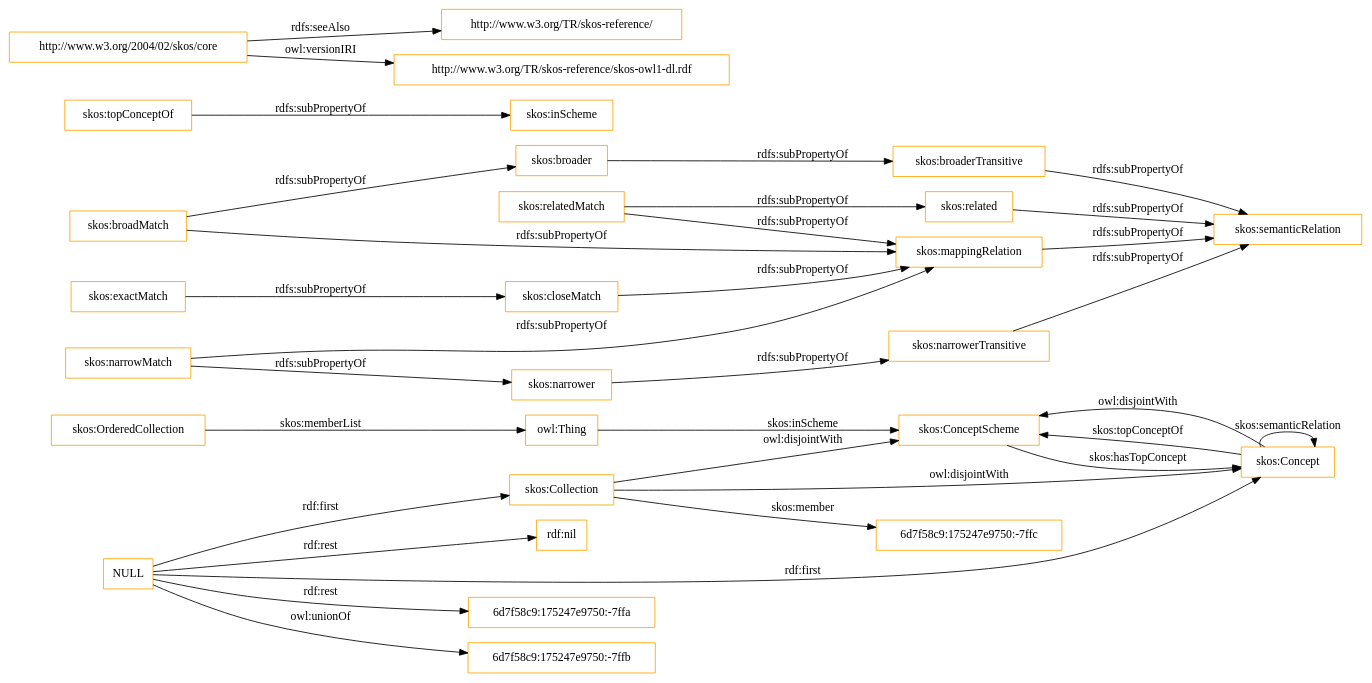
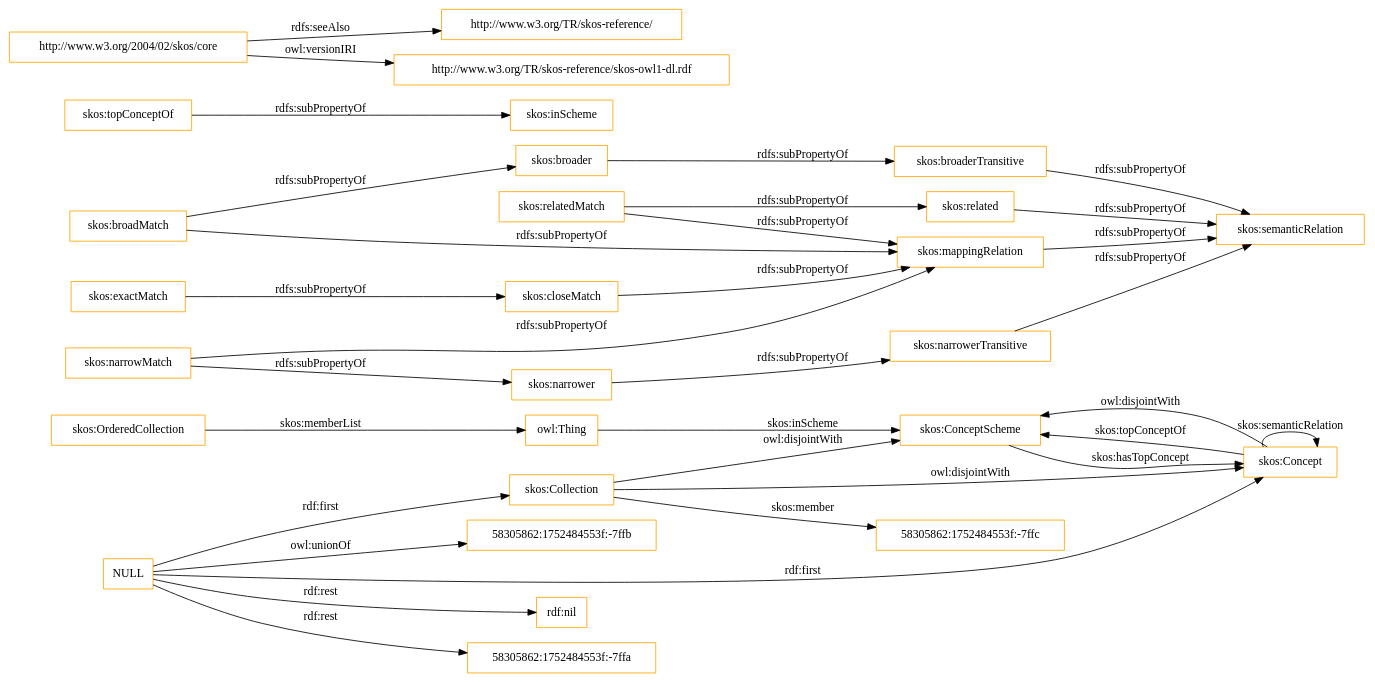
One commit to OnToologyUser/core-ontology-1 changed the diagram in OnToology/imports/skos.owl/diagrams/ar2dtool-class/skos.owl.png.dot. Above: the diagram before and after it, drawn with Graphviz. The commit also changed 14 other files, not shown here.

```diff
--- a/OnToology/imports/skos.owl/diagrams/ar2dtool-class/skos.owl.png.dot
+++ b/OnToology/imports/skos.owl/diagrams/ar2dtool-class/skos.owl.png.dot
@@ -1,37 +1,37 @@
 digraph ar2dtool_diagram { 
 rankdir=LR;
 size="1501"
-node [shape = rectangle, color="orange"]; "skos:OrderedCollection" "skos:ConceptScheme" "skos:Concept" "skos:Collection" "6d7f58c9:175247e9750:-7ffc" ; /*classes style*/
+node [shape = rectangle, color="orange"]; "skos:OrderedCollection" "skos:ConceptScheme" "skos:Concept" "skos:Collection" "58305862:1752484553f:-7ffc" ; /*classes style*/
 	"skos:narrowerTransitive" -> "skos:semanticRelation" [ label = "rdfs:subPropertyOf" ];
-	"NULL" -> "6d7f58c9:175247e9750:-7ffa" [ label = "rdf:rest" ];
-	"NULL" -> "skos:Collection" [ label = "rdf:first" ];
-	"NULL" -> "6d7f58c9:175247e9750:-7ffb" [ label = "owl:unionOf" ];
 	"NULL" -> "rdf:nil" [ label = "rdf:rest" ];
 	"NULL" -> "skos:Concept" [ label = "rdf:first" ];
+	"NULL" -> "58305862:1752484553f:-7ffa" [ label = "rdf:rest" ];
+	"NULL" -> "skos:Collection" [ label = "rdf:first" ];
+	"NULL" -> "58305862:1752484553f:-7ffb" [ label = "owl:unionOf" ];
 	"skos:closeMatch" -> "skos:mappingRelation" [ label = "rdfs:subPropertyOf" ];
 	"skos:Concept" -> "skos:ConceptScheme" [ label = "owl:disjointWith" ];
 	"skos:relatedMatch" -> "skos:related" [ label = "rdfs:subPropertyOf" ];
 	"skos:relatedMatch" -> "skos:mappingRelation" [ label = "rdfs:subPropertyOf" ];
 	"skos:related" -> "skos:semanticRelation" [ label = "rdfs:subPropertyOf" ];
 	"skos:topConceptOf" -> "skos:inScheme" [ label = "rdfs:subPropertyOf" ];
 	"skos:broadMatch" -> "skos:mappingRelation" [ label = "rdfs:subPropertyOf" ];
 	"skos:broadMatch" -> "skos:broader" [ label = "rdfs:subPropertyOf" ];
 	"skos:exactMatch" -> "skos:closeMatch" [ label = "rdfs:subPropertyOf" ];
 	"skos:broaderTransitive" -> "skos:semanticRelation" [ label = "rdfs:subPropertyOf" ];
 	"skos:broader" -> "skos:broaderTransitive" [ label = "rdfs:subPropertyOf" ];
 	"skos:mappingRelation" -> "skos:semanticRelation" [ label = "rdfs:subPropertyOf" ];
 	"http://www.w3.org/2004/02/skos/core" -> "http://www.w3.org/TR/skos-reference/" [ label = "rdfs:seeAlso" ];
 	"http://www.w3.org/2004/02/skos/core" -> "http://www.w3.org/TR/skos-reference/skos-owl1-dl.rdf" [ label = "owl:versionIRI" ];
 	"skos:Collection" -> "skos:ConceptScheme" [ label = "owl:disjointWith" ];
 	"skos:Collection" -> "skos:Concept" [ label = "owl:disjointWith" ];
 	"skos:narrower" -> "skos:narrowerTransitive" [ label = "rdfs:subPropertyOf" ];
 	"skos:narrowMatch" -> "skos:narrower" [ label = "rdfs:subPropertyOf" ];
 	"skos:narrowMatch" -> "skos:mappingRelation" [ label = "rdfs:subPropertyOf" ];
 	"skos:OrderedCollection" -> "owl:Thing" [ label = "skos:memberList" ];
 	"skos:Concept" -> "skos:ConceptScheme" [ label = "skos:topConceptOf" ];
 	"skos:Concept" -> "skos:Concept" [ label = "skos:semanticRelation" ];
-	"skos:Collection" -> "6d7f58c9:175247e9750:-7ffc" [ label = "skos:member" ];
+	"skos:Collection" -> "58305862:1752484553f:-7ffc" [ label = "skos:member" ];
 	"skos:ConceptScheme" -> "skos:Concept" [ label = "skos:hasTopConcept" ];
 	"owl:Thing" -> "skos:ConceptScheme" [ label = "skos:inScheme" ];
 
 }
```
